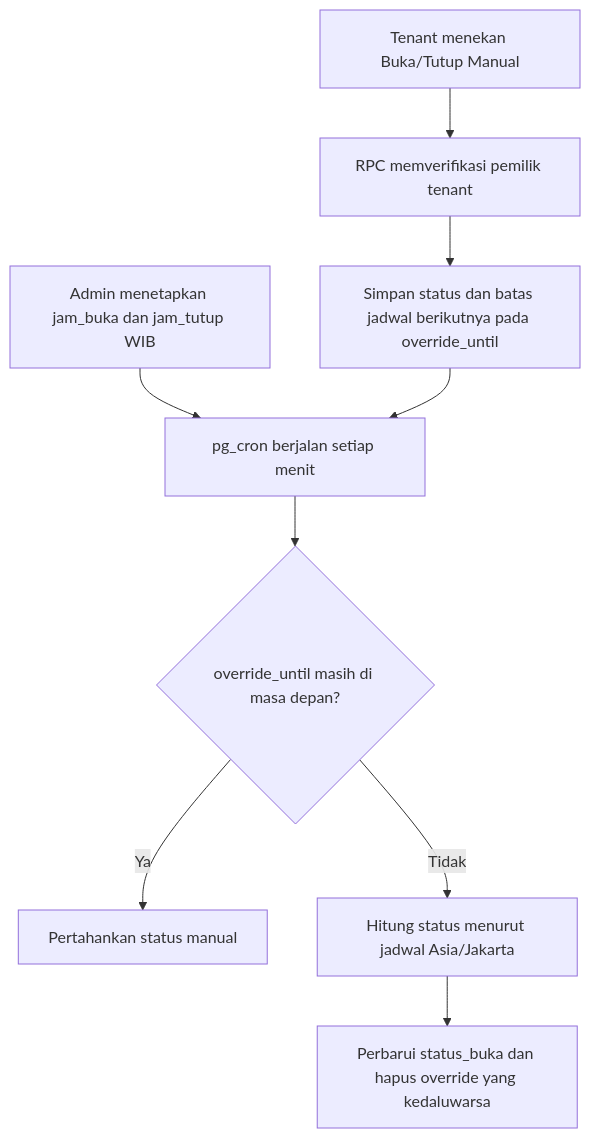
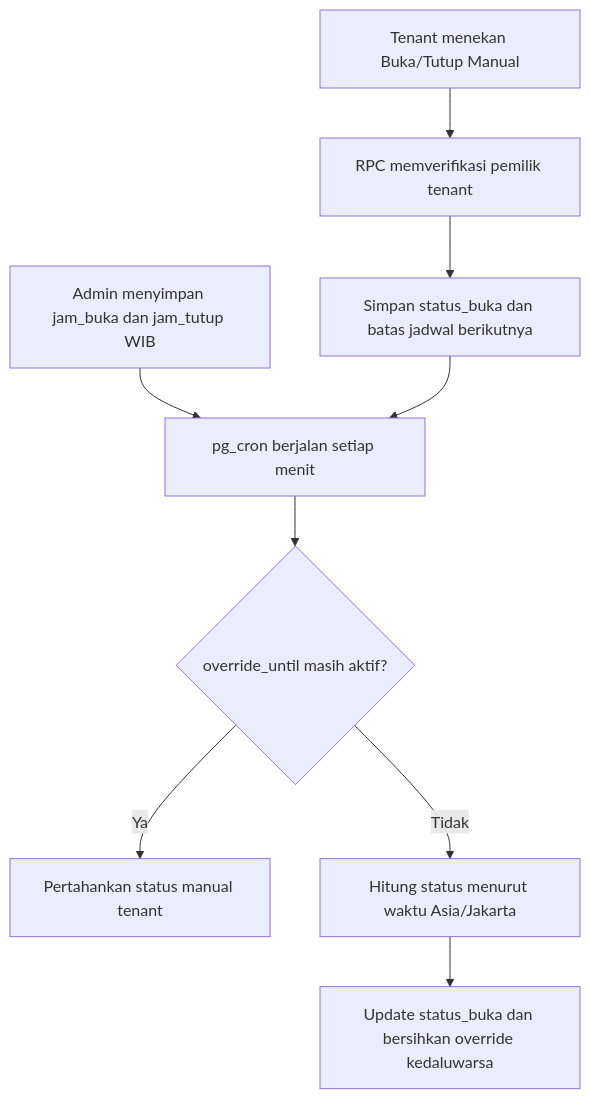
The fourth of 7 diagrams in FLOWCHART.md (nandayudhistirawibowo/SiKantin), drawn with Mermaid before and after one commit. The commit also changed other lines of this file and 3 other files, not shown here.

Commit message:
Dokumentasi lengkap: PRD, Flowchart, Database, dan Presentasi

````diff
--- a/FLOWCHART.md
+++ b/FLOWCHART.md
@@ -75,11 +92,11 @@
 ```mermaid
 flowchart TD
-    A[Admin menetapkan jam_buka dan jam_tutup WIB] --> B[pg_cron berjalan setiap menit]
-    B --> C{override_until masih di masa depan?}
-    C -- Ya --> D[Pertahankan status manual]
-    C -- Tidak --> E[Hitung status menurut jadwal Asia/Jakarta]
-    E --> F[Perbarui status_buka dan hapus override yang kedaluwarsa]
+    A[Admin menyimpan jam_buka dan jam_tutup WIB] --> B[pg_cron berjalan setiap menit]
+    B --> C{override_until masih aktif?}
+    C -- Ya --> D[Pertahankan status manual tenant]
+    C -- Tidak --> E[Hitung status menurut waktu Asia/Jakarta]
+    E --> F[Update status_buka dan bersihkan override kedaluwarsa]
     G[Tenant menekan Buka/Tutup Manual] --> H[RPC memverifikasi pemilik tenant]
-    H --> I[Simpan status dan batas jadwal berikutnya pada override_until]
+    H --> I[Simpan status_buka dan batas jadwal berikutnya]
     I --> B
 ```
````
